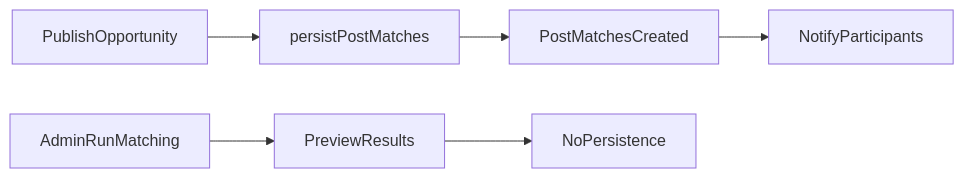
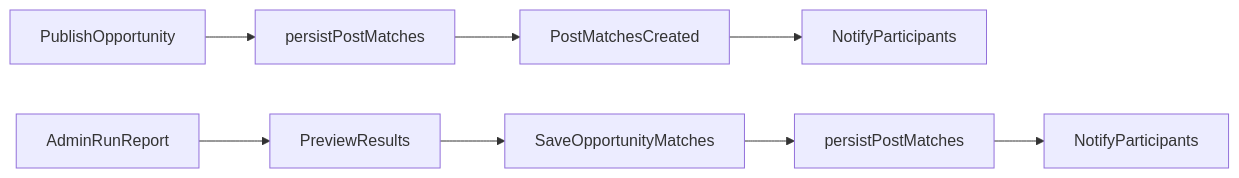
The first of 2 diagrams in docs/admin-user-journey.md (Mabdelmofdy/PMtwin1), drawn with Mermaid before and after one commit. The commit also changed other lines of this file and 12 other files, not shown here.

First line of the commit message:
Update matching flow documentation and enhance admin matching functionality

````diff
--- a/docs/admin-user-journey.md
+++ b/docs/admin-user-journey.md
@@ -190,9 +193,11 @@
 ```mermaid
 flowchart LR
   publishPath[PublishOpportunity] --> persistPath[persistPostMatches]
   persistPath --> postMatchCreated[PostMatchesCreated]
   postMatchCreated --> notifyUsers[NotifyParticipants]
 
-  adminPath[AdminRunMatching] --> previewOnly[PreviewResults]
-  previewOnly --> noPersist[NoPersistence]
+  adminPath[AdminRunReport] --> previewOnly[PreviewResults]
+  previewOnly --> saveAction[SaveOpportunityMatches]
+  saveAction --> adminPersist[persistPostMatches]
+  adminPersist --> notifyFromAdmin[NotifyParticipants]
 ```
````
